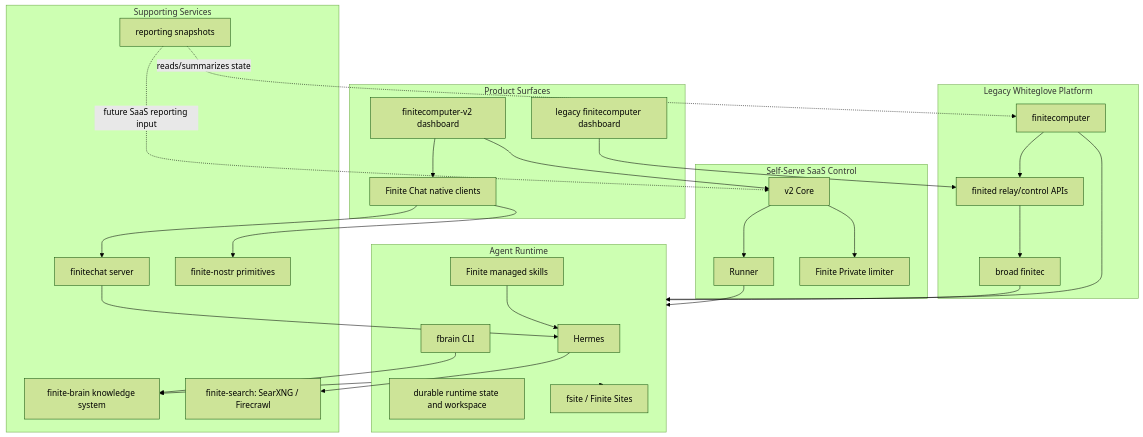
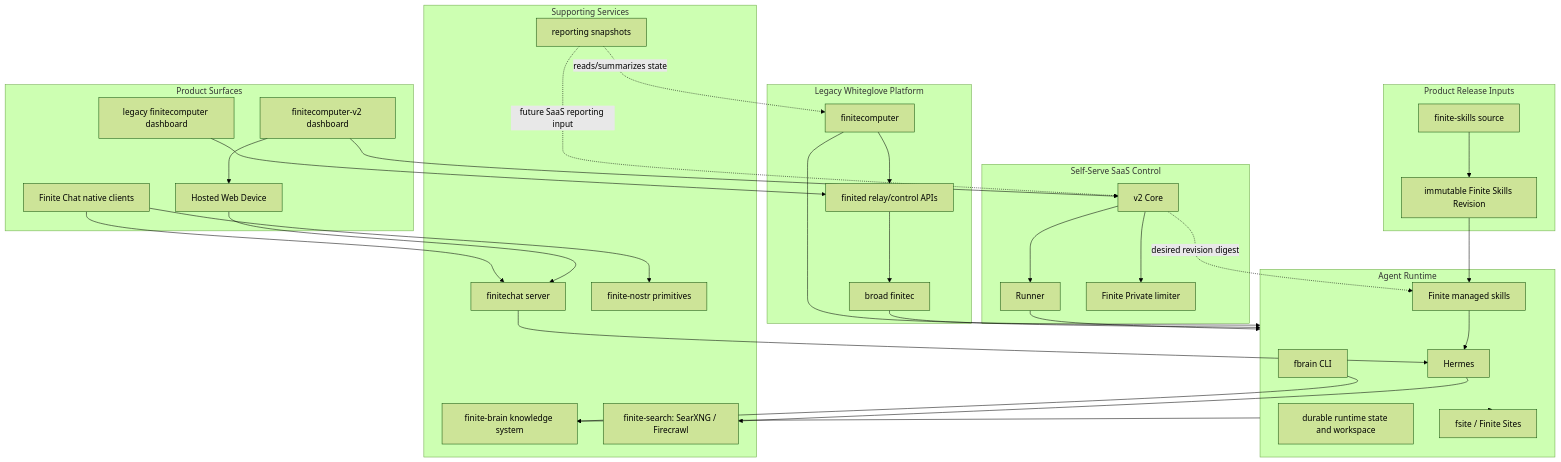
The diagram in docs/architecture-overview.md (finitecomputer/finite-mono), drawn with Mermaid (forest theme) before and after one commit. The commit also changed other lines of this file and 241 other files, not shown here.

````diff
--- a/docs/architecture-overview.md
+++ b/docs/architecture-overview.md
@@ -33,57 +42,67 @@
 ```mermaid
 flowchart TB
   subgraph Product["Product Surfaces"]
     V2Dashboard["finitecomputer-v2 dashboard"]
+    HostedWeb["Hosted Web Device"]
     NativeChat["Finite Chat native clients"]
     LegacyDashboard["legacy finitecomputer dashboard"]
   end
 
   subgraph SaaS["Self-Serve SaaS Control"]
     Core["v2 Core"]
     Runner["Runner"]
     PrivateLimiter["Finite Private limiter"]
+  end
+
+  subgraph Release["Product Release Inputs"]
+    SkillSource["finite-skills source"]
+    SkillRevision["immutable Finite Skills Revision"]
+    SkillSource --> SkillRevision
   end
 
   subgraph Legacy["Legacy Whiteglove Platform"]
     LegacyFiniteComputer["finitecomputer"]
     Finited["finited relay/control APIs"]
     Finitec["broad finitec"]
   end
 
   subgraph Runtime["Agent Runtime"]
     Hermes["Hermes"]
     UserHome["durable runtime state and workspace"]
     SkillBaseline["Finite managed skills"]
     FSite["fsite / Finite Sites"]
     FBrainCli["fbrain CLI"]
   end
 
   subgraph Supporting["Supporting Services"]
     ChatServer["finitechat server"]
     Brain["finite-brain knowledge system"]
     Search["finite-search: SearXNG / Firecrawl"]
     Nostr["finite-nostr primitives"]
     Reporting["reporting snapshots"]
   end
 
   V2Dashboard --> Core
   Core --> Runner
   Core --> PrivateLimiter
   Runner --> Runtime
-  V2Dashboard --> NativeChat
+  V2Dashboard --> HostedWeb
+  HostedWeb --> ChatServer
   NativeChat --> ChatServer
   ChatServer --> Hermes
   Runtime --> Brain
   LegacyDashboard --> Finited
   Finited --> Finitec
   Finitec --> Runtime
   LegacyFiniteComputer --> Finited
   LegacyFiniteComputer --> Runtime
+  SkillRevision --> SkillBaseline
+  Core -. "desired revision digest" .-> SkillBaseline
   SkillBaseline --> Hermes
   Runtime --> FSite
   FBrainCli --> Brain
   Hermes --> Search
   NativeChat --> Nostr
   Reporting -. "reads/summarizes state" .-> LegacyFiniteComputer
   Reporting -. "future SaaS reporting input" .-> Core
 ```
````
